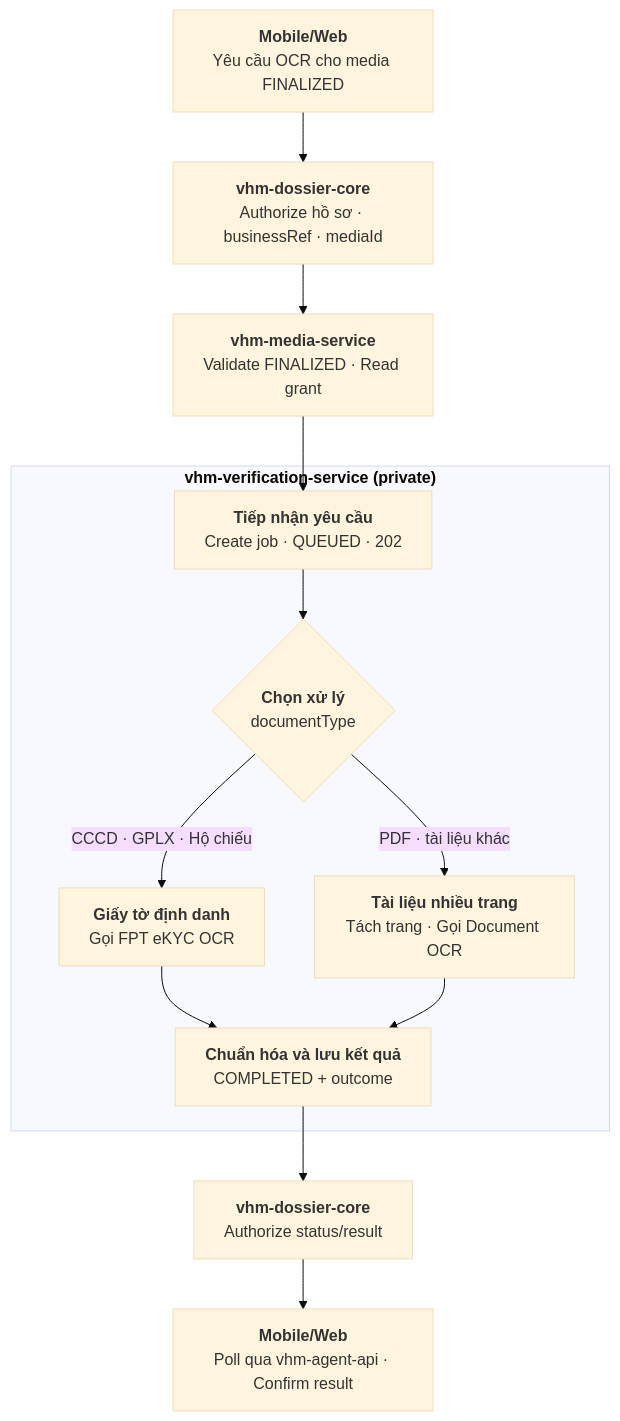
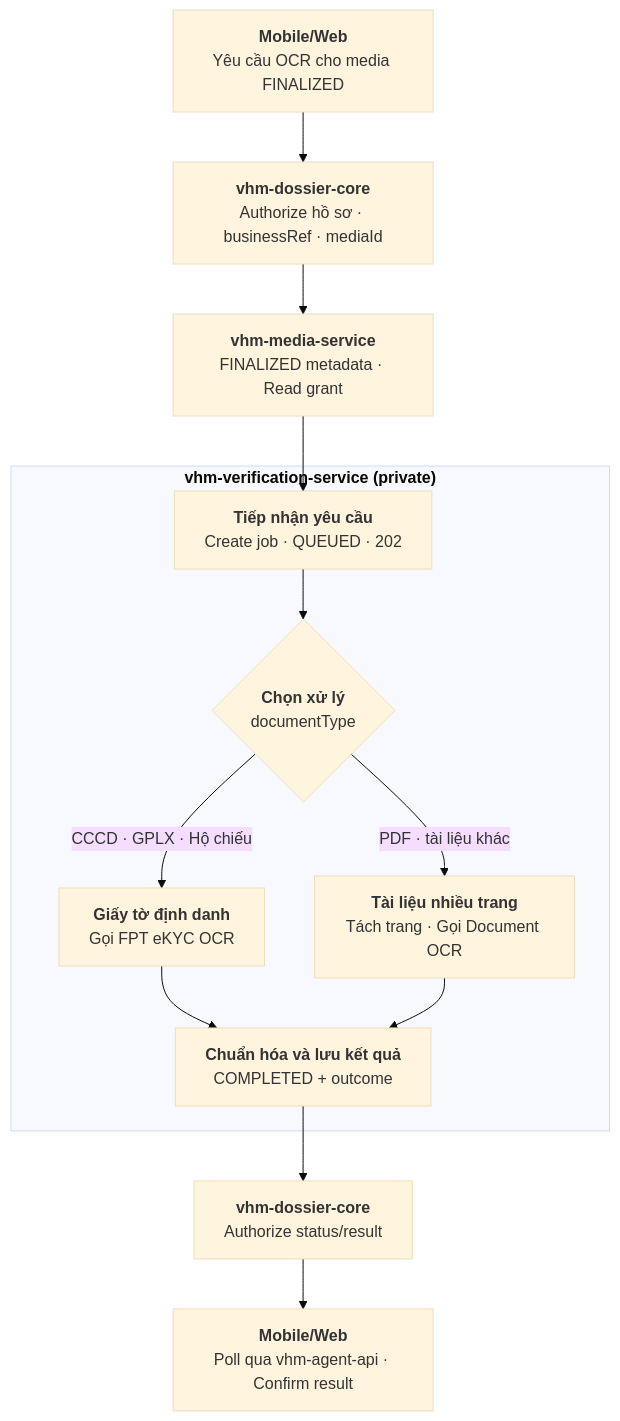
Before and after one commit to huynv-xyz/vhm: the fourth of 8 diagrams in noxh.md, drawn with Mermaid (base theme). The commit also changed other lines of this file, not shown here.

````diff
--- a/noxh.md
+++ b/noxh.md
@@ -222,34 +216,34 @@
 ```mermaid
 flowchart TD
     REQUEST["`**Mobile/Web**
 Yêu cầu OCR cho media FINALIZED`"]
     AUTHORIZE["`**vhm-dossier-core**
 Authorize hồ sơ · businessRef · mediaId`"]
     MEDIA["`**vhm-media-service**
-Validate FINALIZED · Read grant`"]
+FINALIZED metadata · Read grant`"]
     subgraph VERIFY["`**vhm-verification-service (private)**`"]
         ACCEPT["`**Tiếp nhận yêu cầu**
 Create job · QUEUED · 202`"]
         TYPE{"`**Chọn xử lý**
 documentType`"}
         IDENTITY["`**Giấy tờ định danh**
 Gọi FPT eKYC OCR`"]
         DOCUMENT["`**Tài liệu nhiều trang**
 Tách trang · Gọi Document OCR`"]
         RESULT["`**Chuẩn hóa và lưu kết quả**
 COMPLETED + outcome`"]
 
         ACCEPT --> TYPE
         TYPE -->|CCCD · GPLX · Hộ chiếu| IDENTITY
         TYPE -->|PDF · tài liệu khác| DOCUMENT
         IDENTITY --> RESULT
         DOCUMENT --> RESULT
     end
     QUERY["`**vhm-dossier-core**
 Authorize status/result`"]
     CLIENT["`**Mobile/Web**
 Poll qua vhm-agent-api · Confirm result`"]
 
     REQUEST --> AUTHORIZE --> MEDIA --> ACCEPT
     RESULT --> QUERY --> CLIENT
 ```
````
